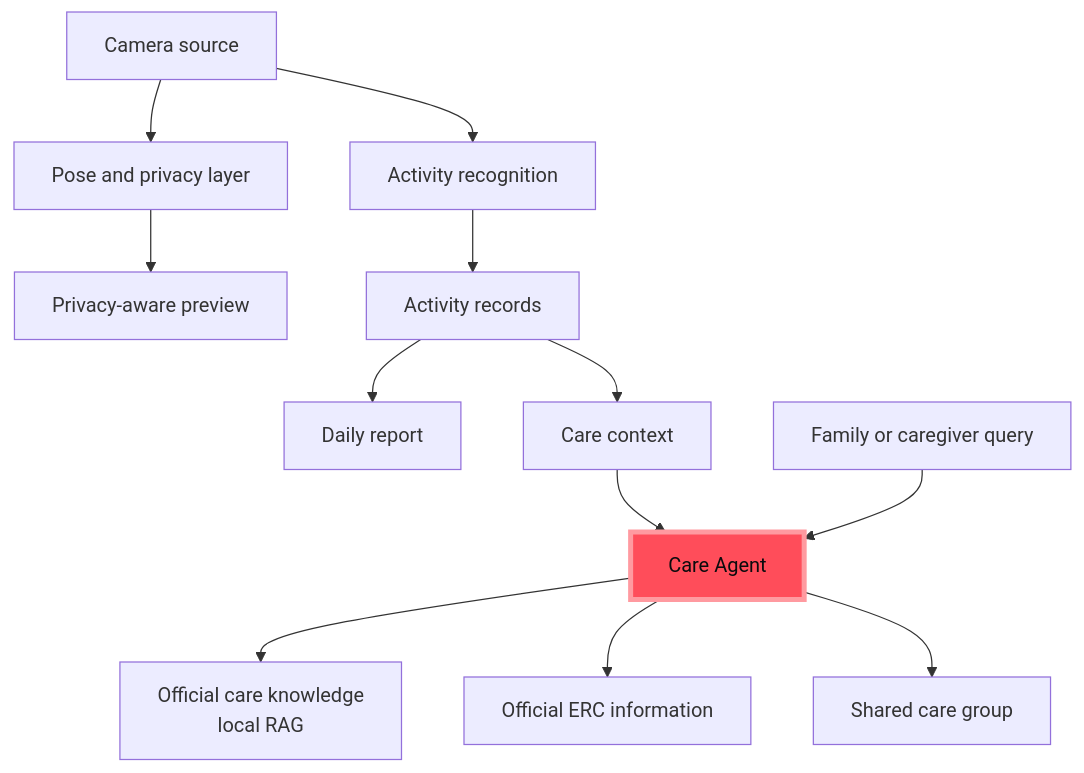
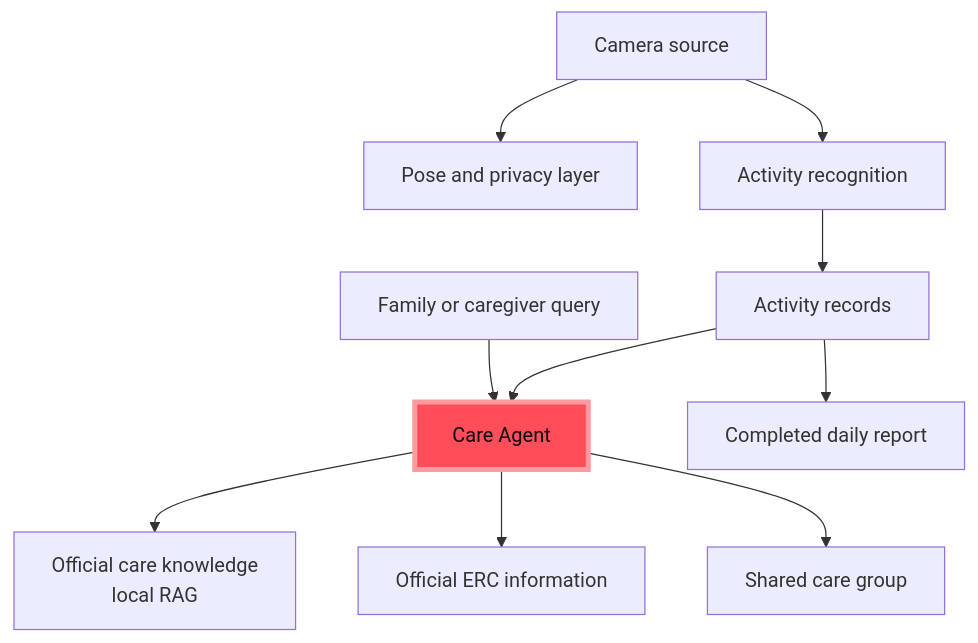
Before and after one commit to HenryyyW/ElderCare-showcase: the diagram in docs/architecture.md, drawn with Mermaid. The commit also changed 1 other file, not shown here.

Commit message:
docs: clarify Care Agent architecture flow

````diff
--- a/docs/architecture.md
+++ b/docs/architecture.md
@@ -7,16 +7,14 @@
 ```mermaid
 flowchart TD
+    I[Family or caregiver query] --> H[Care Agent]
     A[Camera source] --> B[Pose and privacy layer]
     A --> C[Activity recognition]
-    B --> D[Privacy-aware preview]
     C --> E[Activity records]
-    E --> F[Daily report]
-    E --> G[Care context]
-    G --> H[Care Agent]
-    I[Family or caregiver query] --> H
-    H --> J[Official care knowledge\nlocal RAG]
+    E --> H
+    E --> F[Completed daily report]
+    H --> J[Official care knowledge<br/>local RAG]
     H --> K[Official ERC information]
     H --> L[Shared care group]
     classDef agent fill:#ff4d5a,stroke:#ff9aa0,color:#0b0b0d,stroke-width:4px;
     class H agent;
 ```
````
